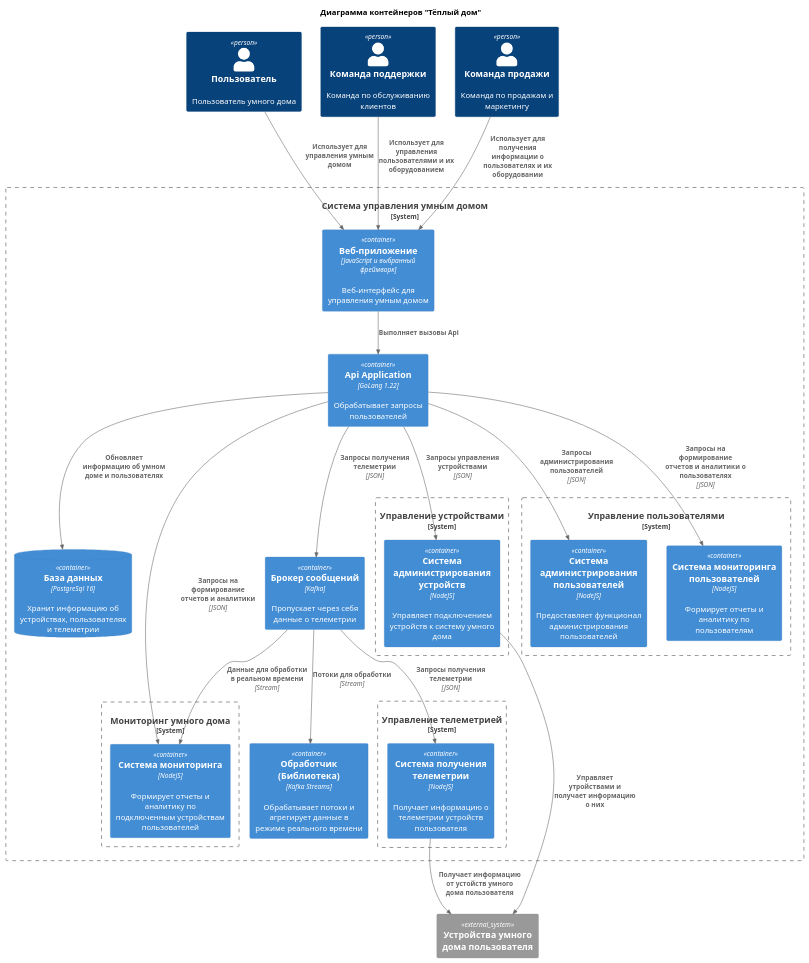
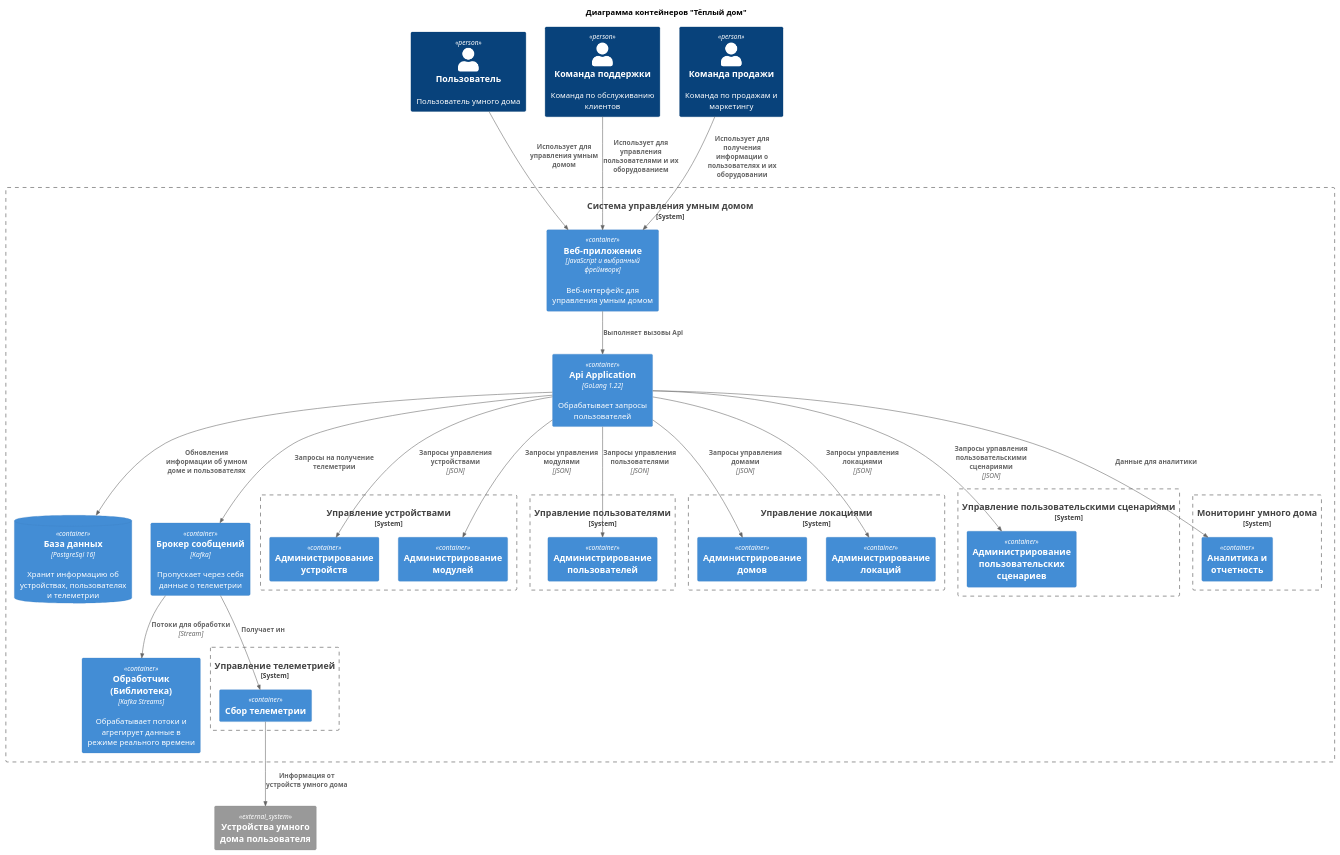
The diagram in diagrams/container/Container.puml (xSparKIx/architecture-pro-warmhouse), drawn with PlantUML before and after one commit. The commit also changed 2 other files, not shown here.

```diff
--- a/diagrams/container/Container.puml
+++ b/diagrams/container/Container.puml
@@ -1,82 +1,99 @@
 @startuml Container diagram
 title Диаграмма контейнеров "Тёплый дом"
 
 top to bottom direction
 
 !include ../templates/C4_Container.puml
 
 ' -----------------
 ' Внешние сущности
 ' -----------------
 
 Person(user, "Пользователь", "Пользователь умного дома")
 Person(support, "Команда поддержки", "Команда по обслуживанию клиентов")
 Person(manager, "Команда продажи", "Команда по продажам и маркетингу")
 
 System_Ext(UserDevicesSystem, "Устройства умного дома пользователя")
 
 ' --------
 ' Системы
 ' --------
 
 System_Boundary(SmartHomeSystem, "Система управления умным домом") {
+    ' Контейнеры
     Container(WebApp, "Веб-приложение", "JavaScript и выбранный фреймворк", "Веб-интерфейс для управления умным домом")
-
     Container(ApiApplication, "Api Application", "GoLang 1.22", "Обрабатывает запросы пользователей")
-
     ContainerDb(db, "База данных", "PostgreSql 16", "Хранит информацию об устройствах, пользователях и телеметрии")
-
     Container(broker, "Брокер сообщений", "Kafka", "Пропускает через себя данные о телеметрии")
-
     Container(streams, "Обработчик (Библиотека)", "Kafka Streams", "Обрабатывает потоки и агрегирует данные в режиме реального времени")
 
+    ' Системы
     System_Boundary(DevicesSystem, "Управление устройствами") {
-        Container(DeivecesAdminSystem, "Система администрирования устройств", "NodeJS", "Управляет подключением устройств к систему умного дома")
+        Container(DevicesContainer, "Администрирование устройств")
+        Container(ModulesContainer, "Администрирование модулей")
+    }
+    
+    System_Boundary(TelemetrySystem, "Управление телеметрией") {
+        Container(TelemetryContainer, "Сбор телеметрии")
     }
 
-    System_Boundary(TelemetrySystem, "Управление телеметрией") {
-        Container(TelemetryReceivingSystem, "Система получения телеметрии", "NodeJS", "Получает информацию о телеметрии устройств пользователя")
+    System_Boundary(UsersSystem, "Управление пользователями") {
+        Container(UsersContainer, "Администрирование пользователей")
+    }
+
+    System_Boundary(LocationsSystem, "Управление локациями") {
+        Container(HousesContainer, "Администрирование домов")
+        Container(LocationsContainer, "Администрирование локаций")
+    }
+
+    System_Boundary(ScenariosSystem, "Управление пользовательскими сценариями") {
+        Container(ScenariosContainer, "Администрирование пользовательских сценариев")
     }
 
     System_Boundary(MonitoringSystem, "Мониторинг умного дома") {
-        Container(AnaliticSystem, "Система мониторинга", "NodeJS", "Формирует отчеты и аналитику по подключенным устройствам пользователей")
-    }
-
-    System_Boundary(UsersSystem, "Управление пользователями") {
-        Container(UsersAdminSystem, "Система администрирования пользователей", "NodeJS", "Предоставляет функционал администрирования пользователей")
-        Container(UsersAnalyticSystem, "Система мониторинга пользователей", "NodeJS", "Формирует отчеты и аналитику по пользователям")
+        Container(AnaliticContainer, "Аналитика и отчетность")
     }
 }
 
 ' --------------
 ' Потоки данных
 ' --------------
 
 ' Связи пользователей
 Rel(user, WebApp, "Использует для управления умным домом")
 Rel(support, WebApp, "Использует для управления пользователями и их оборудованием")
 Rel(manager, WebApp, "Использует для получения информации о пользователях и их оборудовании")
 
 ' Связи интерфейсов с API
 Rel(WebApp, ApiApplication, "Выполняет вызовы Api")
 
 ' Связи API
-Rel(ApiApplication, DeivecesAdminSystem, "Запросы управления устройствами", "JSON")
-Rel(ApiApplication, db, "Обновляет информацию об умном доме и пользователях")
-Rel(ApiApplication, AnaliticSystem, "Запросы на формирование отчетов и аналитики", "JSON")
-Rel(ApiApplication, broker, "Запросы получения телеметрии", "JSON")
-Rel(ApiApplication, UsersAdminSystem, "Запросы администрирования пользователей", "JSON")
-Rel(ApiApplication, UsersAnalyticSystem, "Запросы на формирование отчетов и аналитики о пользователях", "JSON")
+Rel(ApiApplication, db, "Обновления информации об умном доме и пользователях")
+Rel(ApiApplication, DevicesContainer, "Запросы управления устройствами", "JSON")
+Rel(ApiApplication, ModulesContainer, "Запросы управления модулями", "JSON")
+Rel(ApiApplication, broker, "Запросы на получение телеметрии")
+Rel(ApiApplication, UsersContainer, "Запросы управления пользователями", "JSON")
+Rel(ApiApplication, HousesContainer, "Запросы управления домами", "JSON")
+Rel(ApiApplication, LocationsContainer, "Запросы управления локациями", "JSON")
+Rel(ApiApplication, ScenariosContainer, "Запросы урпавления пользовательскими сценариями", "JSON")
+Rel(ApiApplication, AnaliticContainer, "Данные для аналитики")
 
 ' Связи брокера сообщений
-Rel(broker, TelemetryReceivingSystem, "Запросы получения телеметрии", "JSON")
+' @todo Возможно убрать streams
 Rel(broker, streams, "Потоки для обработки", "Stream")
-Rel(broker, AnaliticSystem, "Данные для обработки в реальном времени", "Stream")
+' @todo Подумать правильно ли тут подключен брокер и должен ли он быть связан с api
+Rel(broker, TelemetryContainer, "Получает ин")
+
+' Связи системы управления телеметрией
+Rel(TelemetryContainer, UserDevicesSystem, "Информация от устройств умного дома")
 
 ' Связи системы управления устройствами
-Rel(DeivecesAdminSystem, UserDevicesSystem, "Управляет утройствами и получает информацию о них")
-
-' Связи системы управления телеметрией
-Rel(TelemetryReceivingSystem, UserDevicesSystem, "Получает информацию от устойств умного дома пользователя")
+' @todo Тут вопрос нужно ли их между собой связывать или можно через Api Application между ними взимодействовать
+' @todo По идее Api хватит
+' @todo Возможно убрать Api Application и сделать так чтобы каждый сервис сам писал в бд
+' @todo В модуле управления телеметрией тогда еще будет запись в бд,
+' а связь будет: ИЗ ТЕЛЕМЕТРИИ В БРОКЕР И ИЗ ТЕЛЕМЕТРИИ В БД
+' Rel(DevicesContainer, UserDevicesSystem, "Запросы управления устройсвами")
+' Rel(DevicesContainer, ModulesContainer, "Запросы на привязку устройств")
 
 @enduml
```
